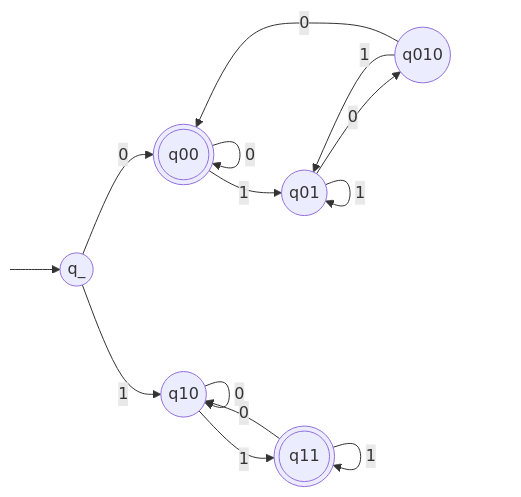
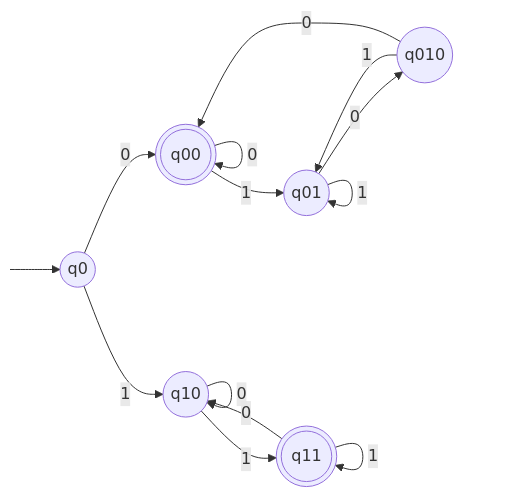
The first of 3 diagrams in sem3/TIN/UE/bf/TI-bf-u04.md (bfeitknecht/vault), drawn with Mermaid before and after one commit. The commit also changed other lines of this file and 1 other file, not shown here.

Commit message:
backup: 2024-10-15T21:22:05+02:00 from MacBook Pro (echo)
Affected files:
.obsidian/workspaces.json
sem3/TIN/UE/bf/TI-bf-u04.md

````diff
--- a/sem3/TIN/UE/bf/TI-bf-u04.md
+++ b/sem3/TIN/UE/bf/TI-bf-u04.md
@@ -11,31 +11,31 @@
 ```mermaid
 flowchart LR
 
 classDef hidden display: none;
 
 S:::hidden
 
-q_((q_))
+q0((q0))
 q00(((q00)))
 q01((q01))
 q010((q010))
 q10((q10))
 q11(((q11)))
 
 
-S --> q_
-q_ -->|"0"| q00
-q_ -->|"1"| q10
+S --> q0
+q0 -->|"0"| q00
+q0 -->|"1"| q10
 
 q00 -->|"0"| q00
 q00 -->|"1"| q01
 q01 -->|"1"| q01
 q01 -->|"0"| q010
 q010 -->|"1"| q01
 q010 -->|"0"| q00
 
 q10 -->|"1"| q11
 q11 -->|"1"| q11
 q11 -->|"0"| q10
 q10 -->|"0"| q10
 ```
````
